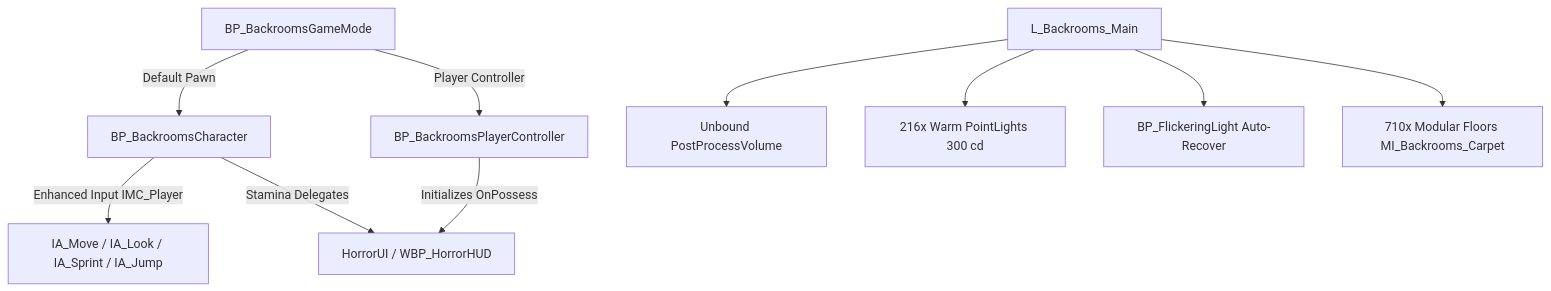
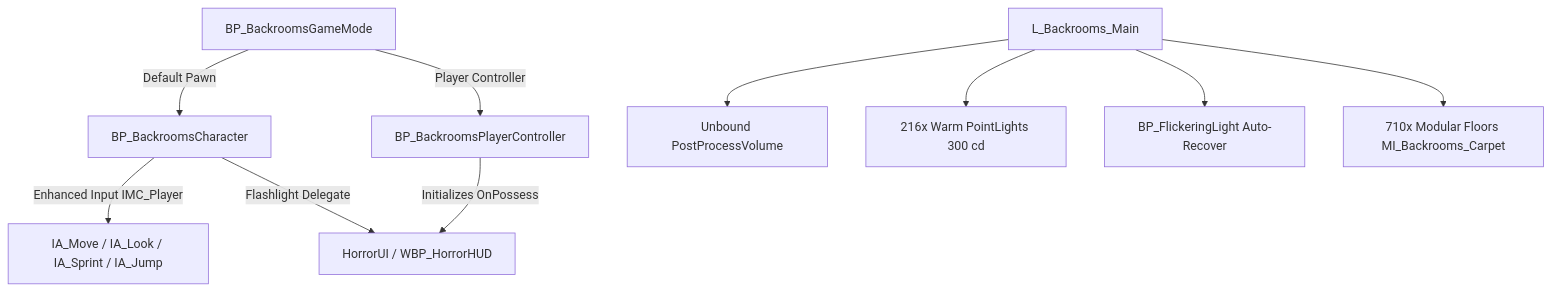
The first of 2 diagrams in PROJECT_MASTER_REPORT.md (PrithviWH/backrooms), drawn with Mermaid before and after one commit. The commit also changed other lines of this file and 8 other files, not shown here.

First line of the commit message:
feat(player): remove stamina system for ungated free sprint and clean HUD

````diff
--- a/PROJECT_MASTER_REPORT.md
+++ b/PROJECT_MASTER_REPORT.md
@@ -17,12 +17,12 @@
 ```mermaid
 graph TD
     GM[BP_BackroomsGameMode] -->|Default Pawn| PC[BP_BackroomsCharacter]
     GM -->|Player Controller| CTRL[BP_BackroomsPlayerController]
     CTRL -->|Initializes OnPossess| HUD[HorrorUI / WBP_HorrorHUD]
     PC -->|Enhanced Input IMC_Player| INP[IA_Move / IA_Look / IA_Sprint / IA_Jump]
-    PC -->|Stamina Delegates| HUD
+    PC -->|Flashlight Delegate| HUD
     MAP[L_Backrooms_Main] --> PPV[Unbound PostProcessVolume]
     MAP --> LIGHTS[216x Warm PointLights 300 cd]
     MAP --> FLICKER[BP_FlickeringLight Auto-Recover]
     MAP --> FLOORS[710x Modular Floors MI_Backrooms_Carpet]
 ```
````
